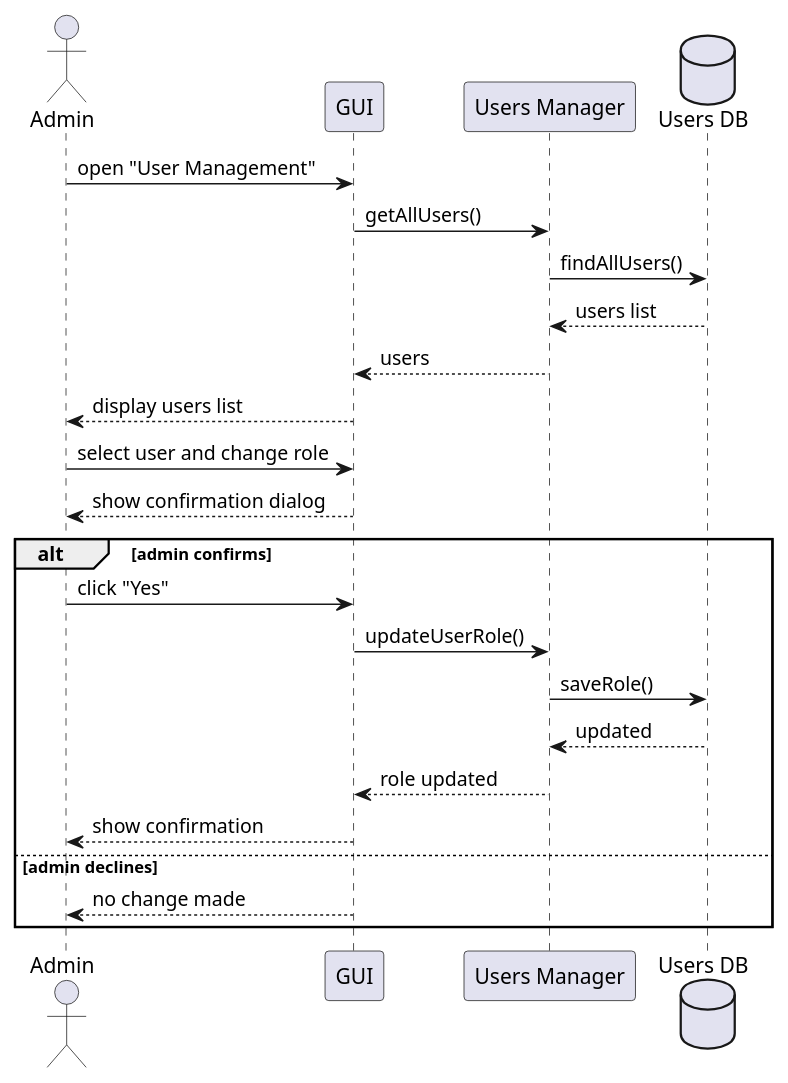
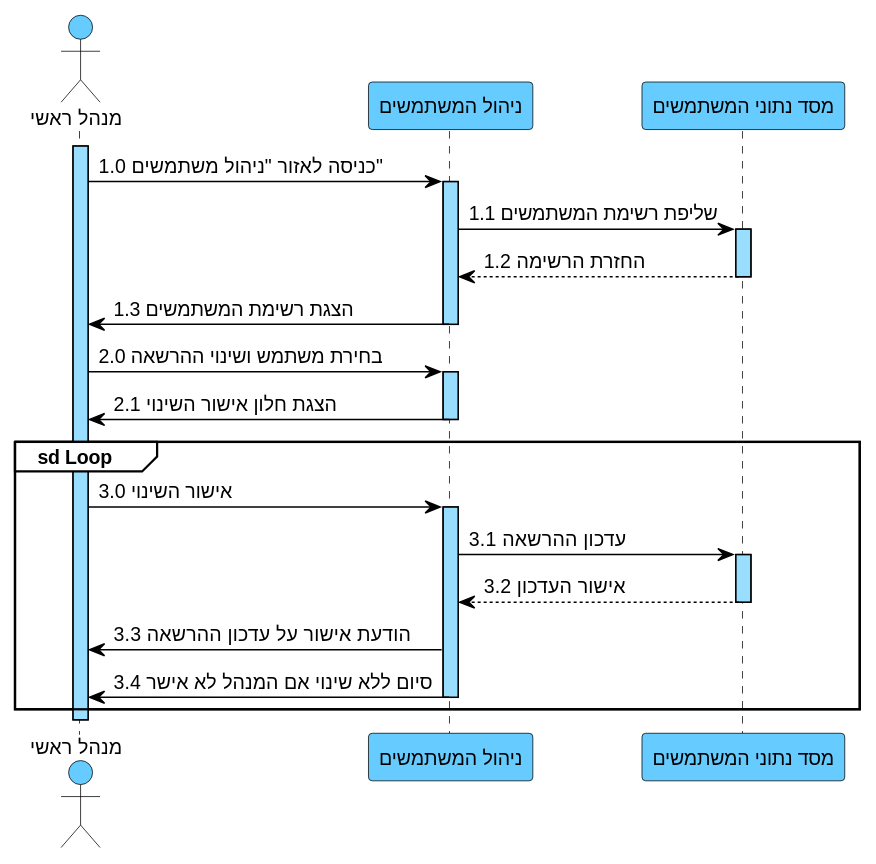
Before and after one commit to arielkaplan20/GOLDEN_HAIR_SALOAN: the diagram in docs/diagrams/puml/10-seq-suc10-ניהול-משתמשים.puml, drawn with PlantUML. The commit also changed 26 other files, not shown here.

```diff
--- a/docs/diagrams/puml/10-seq-suc10-ניהול-משתמשים.puml
+++ b/docs/diagrams/puml/10-seq-suc10-ניהול-משתמשים.puml
@@ -1,25 +1,52 @@
 @startuml
-actor Admin
-participant GUI
-participant "Users Manager" as UM
-database "Users DB" as DB
+skinparam backgroundColor white
+skinparam defaultFontName Arial
+skinparam defaultFontSize 13
+skinparam sequence {
+ArrowColor black
+ArrowFontColor black
+ActorBorderColor black
+ActorBackgroundColor #66CCFF
+LifeLineBorderColor black
+LifeLineBackgroundColor #99DDFF
+ParticipantBorderColor black
+ParticipantBackgroundColor #66CCFF
+ParticipantFontColor black
+ParticipantFontSize 13
+GroupBorderColor black
+GroupBackgroundColor white
+GroupHeaderFontColor black
+}
 
-Admin -> GUI : open "User Management"
-GUI -> UM : getAllUsers()
-UM -> DB : findAllUsers()
-DB --> UM : users list
-UM --> GUI : users
-GUI --> Admin : display users list
-Admin -> GUI : select user and change role
-GUI --> Admin : show confirmation dialog
-alt admin confirms
-Admin -> GUI : click "Yes"
-GUI -> UM : updateUserRole()
-UM -> DB : saveRole()
-DB --> UM : updated
-UM --> GUI : role updated
-GUI --> Admin : show confirmation
-else admin declines
-GUI --> Admin : no change made
+actor "מנהל ראשי" as A
+participant "ניהול המשתמשים" as UM
+participant "מסד נתוני המשתמשים" as DB
+
+activate A
+A -> UM : 1.0 כניסה לאזור "ניהול משתמשים"
+activate UM
+UM -> DB : 1.1 שליפת רשימת המשתמשים
+activate DB
+DB --> UM : 1.2 החזרת הרשימה
+deactivate DB
+UM -> A : 1.3 הצגת רשימת המשתמשים
+deactivate UM
+
+A -> UM : 2.0 בחירת משתמש ושינוי ההרשאה
+activate UM
+UM -> A : 2.1 הצגת חלון אישור השינוי
+deactivate UM
+
+group sd Loop
+A -> UM : 3.0 אישור השינוי
+activate UM
+UM -> DB : 3.1 עדכון ההרשאה
+activate DB
+DB --> UM : 3.2 אישור העדכון
+deactivate DB
+UM -> A : 3.3 הודעת אישור על עדכון ההרשאה
+UM -> A : 3.4 סיום ללא שינוי אם המנהל לא אישר
+deactivate UM
 end
+deactivate A
 @enduml
```
